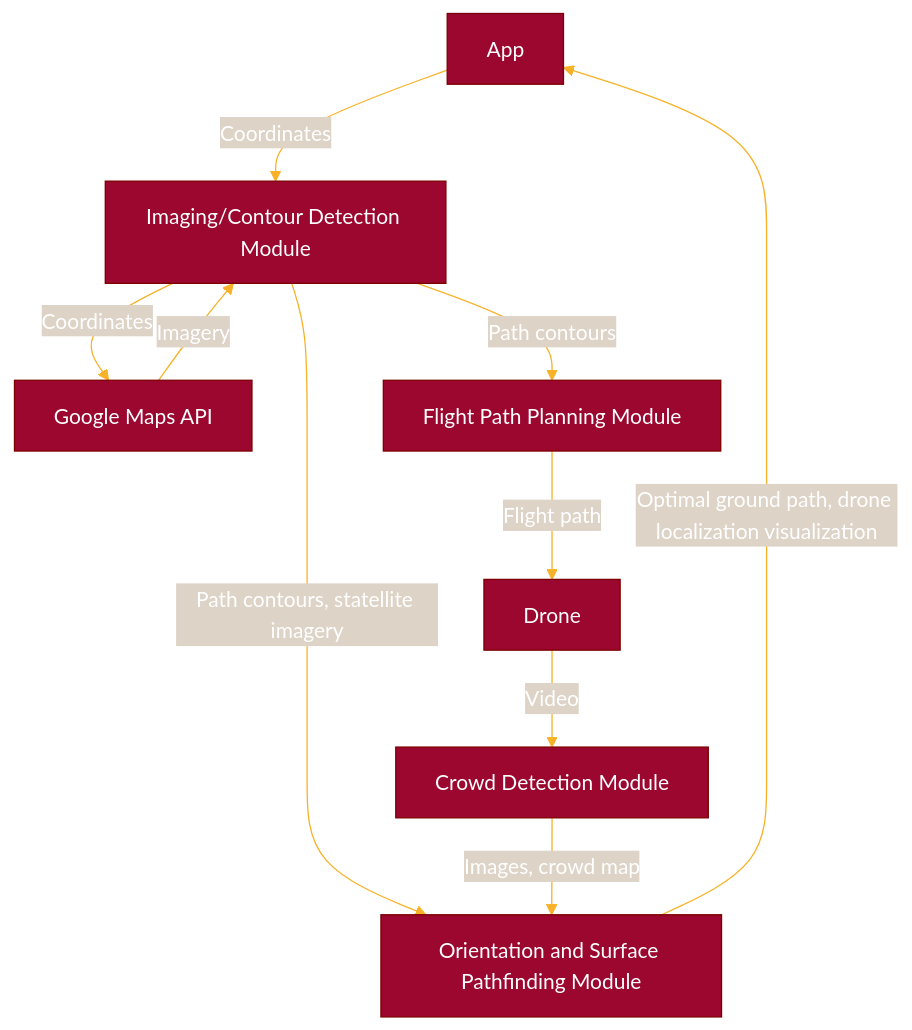
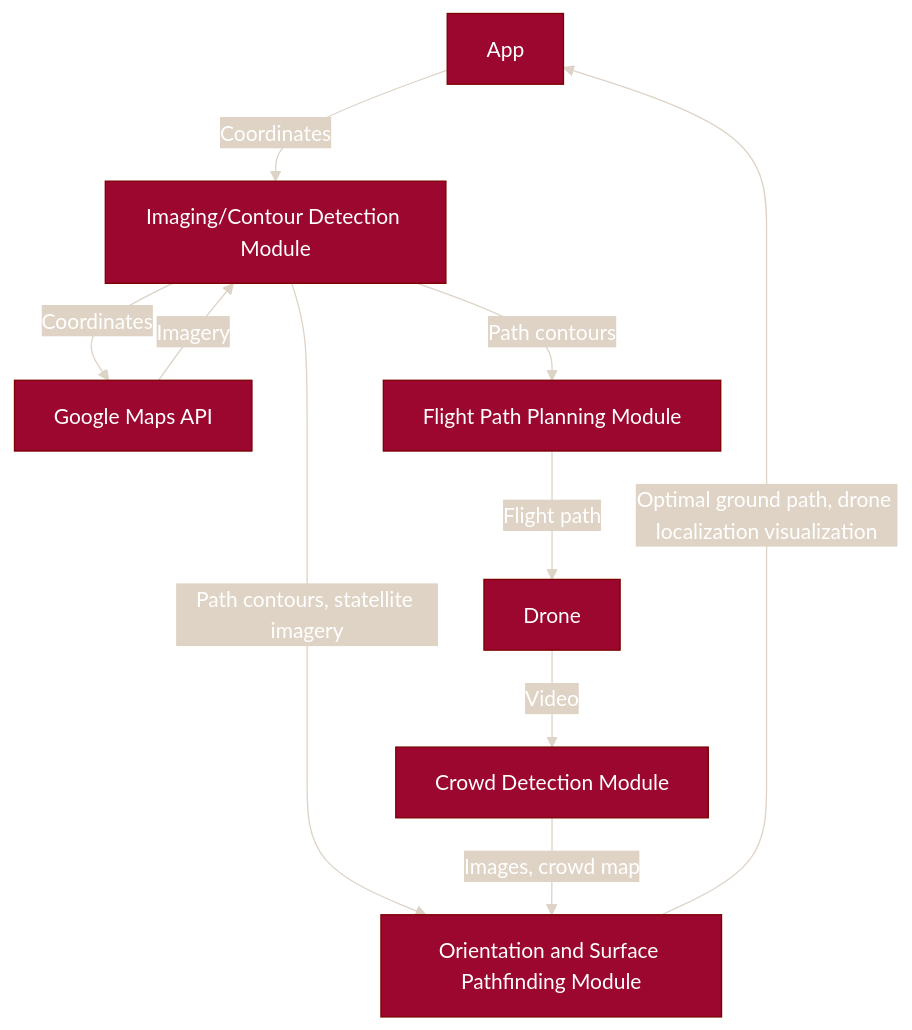
One commit to maximuskiii/TartanHacks2024 changed the diagram in README.md. Above: the diagram before and after it, drawn with Mermaid.

Commit message:
testing themes

````diff
--- a/README.md
+++ b/README.md
@@ -3,25 +3,25 @@
 ```mermaid
 %%{
     init: {
         'theme': 'base',
         'themeVariables': {
             'primaryColor': '#9b072f',
             'primaryTextColor': '#fff',
             'primaryBorderColor': '#7C0000',
-            'lineColor': '#F8B229',
-            'secondaryColor': '#ddd3c7',
+            'lineColor': '#ddd3c7',
+            'secondaryColor': '#dfd3c5',
             'tertiaryColor': '#fff'
         }
     }
 }%%
 flowchart TB
     A[App] -->|Coordinates| B[Imaging/Contour Detection Module];
     B -->|Coordinates| C[Google Maps API];
     C -->|Imagery| B
     B -->|Path contours| D[Flight Path Planning Module]
     B -->|Path contours, statellite imagery| E[Orientation and Surface Pathfinding Module]
     D -->|Flight path| F[Drone]
     F -->|Video| G[Crowd Detection Module]
     G -->|Images, crowd map| E
     E -->|Optimal ground path, drone localization visualization| A
 ```
````
